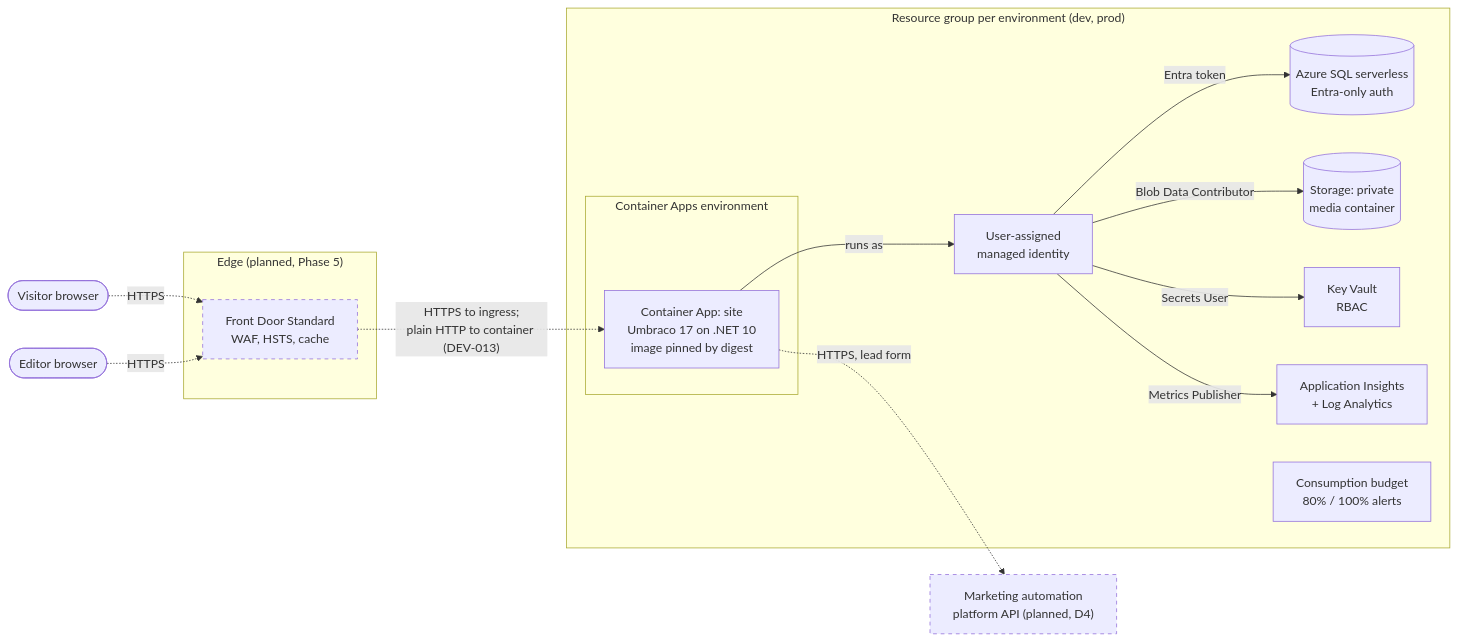
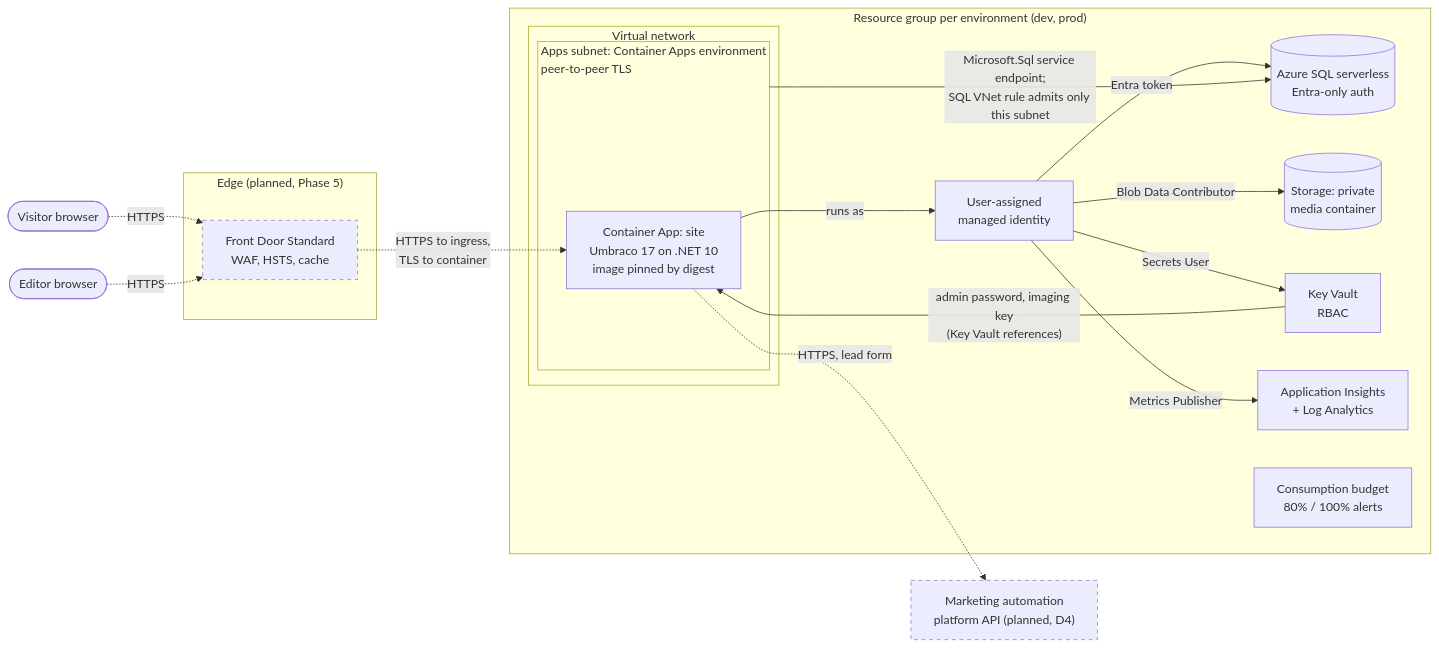
The first of 2 diagrams in docs/architecture.md (JDetmar/umbraco-sample), drawn with Mermaid before and after one commit. The commit also changed 12 other files, not shown here.

First line of the commit message:
Infra: VNet with SQL service endpoint, in-environment TLS, unattended install from Key Vault

````diff
--- a/docs/architecture.md
+++ b/docs/architecture.md
@@ -9,36 +9,40 @@
 ```mermaid
 flowchart LR
     visitor([Visitor browser])
     editor([Editor browser])
 
     subgraph edge["Edge (planned, Phase 5)"]
         fd["Front Door Standard<br/>WAF, HSTS, cache"]
     end
 
     subgraph rg["Resource group per environment (dev, prod)"]
-        subgraph cae["Container Apps environment"]
-            app["Container App: site<br/>Umbraco 17 on .NET 10<br/>image pinned by digest"]
+        subgraph vnet["Virtual network"]
+            subgraph cae["Apps subnet: Container Apps environment<br/>peer-to-peer TLS"]
+                app["Container App: site<br/>Umbraco 17 on .NET 10<br/>image pinned by digest"]
+            end
         end
         id["User-assigned<br/>managed identity"]
         sql[("Azure SQL serverless<br/>Entra-only auth")]
         blob[("Storage: private<br/>media container")]
         kv["Key Vault<br/>RBAC"]
         ai["Application Insights<br/>+ Log Analytics"]
         budget["Consumption budget<br/>80% / 100% alerts"]
     end
 
     map["Marketing automation<br/>platform API (planned, D4)"]
 
     visitor -. HTTPS .-> fd
     editor -. HTTPS .-> fd
-    fd -. "HTTPS to ingress;<br/>plain HTTP to container (DEV-013)" .-> app
+    fd -. "HTTPS to ingress,<br/>TLS to container" .-> app
     app -- runs as --> id
+    cae -- "Microsoft.Sql service endpoint;<br/>SQL VNet rule admits only this subnet" --> sql
     id -- "Entra token" --> sql
     id -- "Blob Data Contributor" --> blob
     id -- "Secrets User" --> kv
+    kv -- "admin password, imaging key<br/>(Key Vault references)" --> app
     id -- "Metrics Publisher" --> ai
     app -. "HTTPS, lead form" .-> map
 
     classDef planned stroke-dasharray: 5 5
     class fd,map planned
 ```
````
